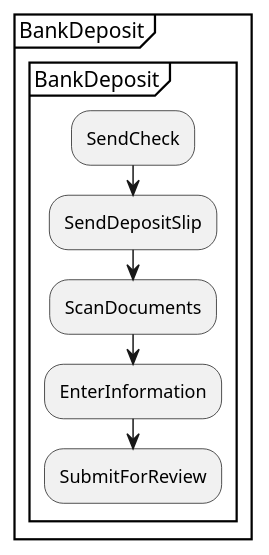
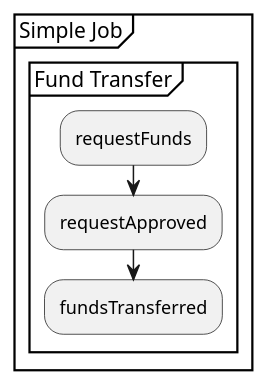
Before and after one commit to xtuml/munin: the diagram in models/SequenceVerificationDataCentric/puml/HowTo2.puml, drawn with PlantUML. The commit also changed 3 other files, not shown here.

Commit message:
Diagrams for PLUS HowTo

```diff
--- a/models/SequenceVerificationDataCentric/puml/HowTo2.puml
+++ b/models/SequenceVerificationDataCentric/puml/HowTo2.puml
@@ -7,11 +7,9 @@
 @startuml 
-partition "BankDeposit" {
-  group "BankDeposit"
-      :SendCheck;
-      :SendDepositSlip;
-      :ScanDocuments;
-      :EnterInformation;
-      :SubmitForReview;
+partition "Simple Job" {
+  group "Fund Transfer"
+    :requestFunds;
+    :requestApproved;
+    :fundsTransferred;
   end group
 }
 @enduml
```
